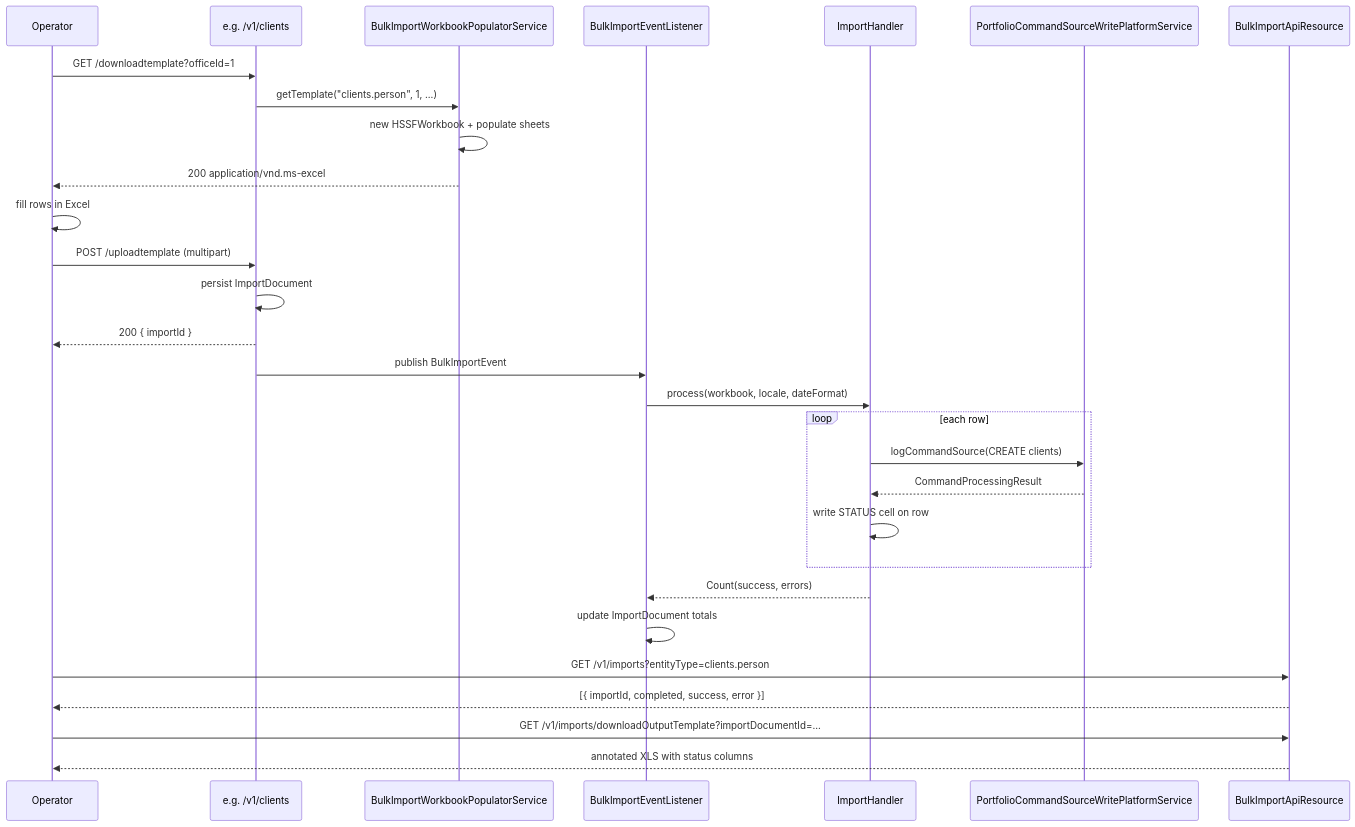
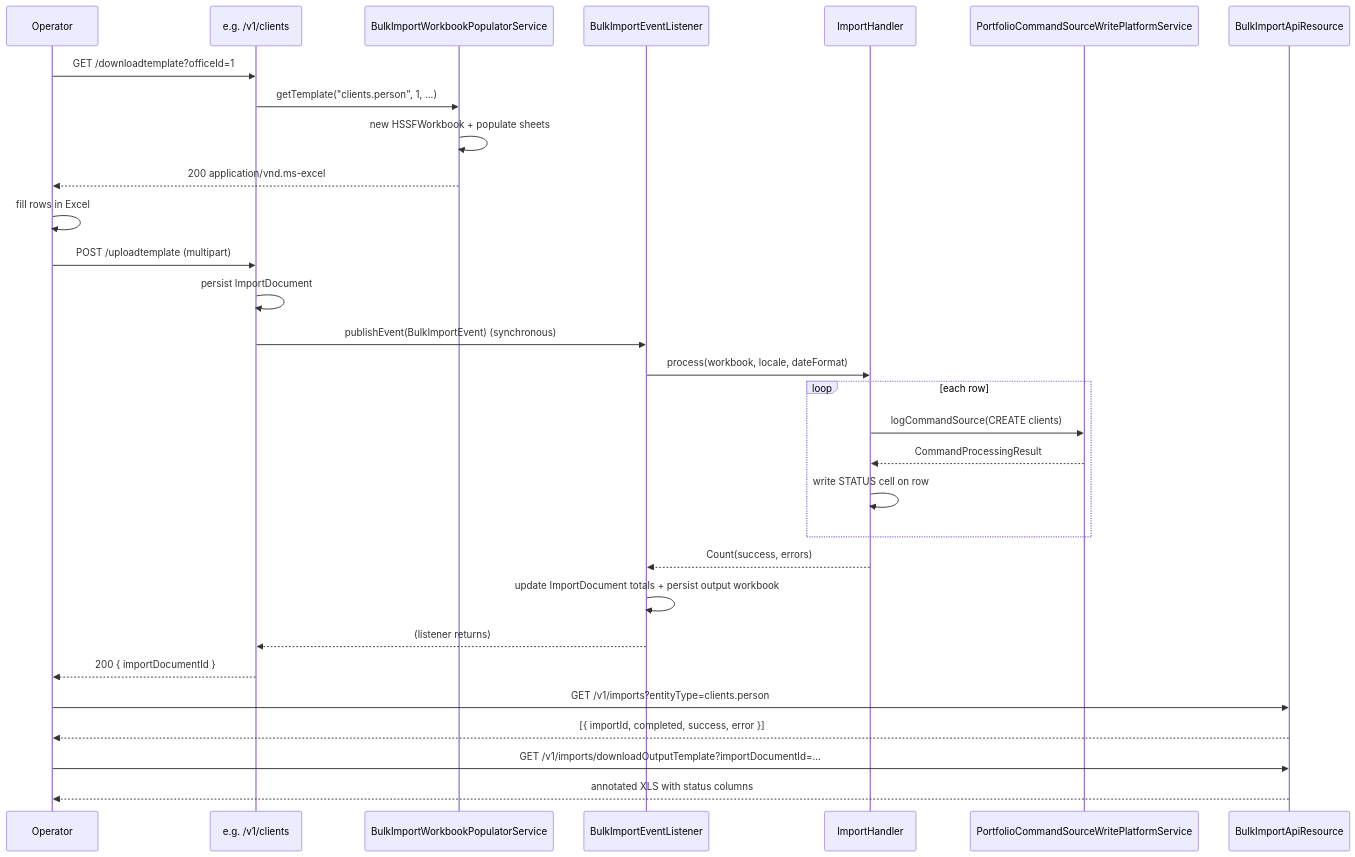
One commit to mintlify-atlas/docs-wiki-31b07890 changed the diagram in bulkimport/overview.mdx. Above: the diagram before and after it, drawn with Mermaid. The commit also changed other lines of this file and 115 other files, not shown here.

````diff
--- a/bulkimport/overview.mdx
+++ b/bulkimport/overview.mdx
@@ -198,31 +202,32 @@
 ```mermaid
 sequenceDiagram
     participant Operator
     participant EntityResource as e.g. /v1/clients
     participant PopulatorService as BulkImportWorkbookPopulatorService
     participant Listener as BulkImportEventListener
     participant ImportHandler
     participant CommandService as PortfolioCommandSourceWritePlatformService
 
     Operator->>EntityResource: GET /downloadtemplate?officeId=1
     EntityResource->>PopulatorService: getTemplate("clients.person", 1, ...)
     PopulatorService->>PopulatorService: new HSSFWorkbook + populate sheets
     PopulatorService-->>Operator: 200 application/vnd.ms-excel
     Operator->>Operator: fill rows in Excel
     Operator->>EntityResource: POST /uploadtemplate (multipart)
     EntityResource->>EntityResource: persist ImportDocument
-    EntityResource-->>Operator: 200 { importId }
-    EntityResource->>Listener: publish BulkImportEvent
+    EntityResource->>Listener: publishEvent(BulkImportEvent) (synchronous)
     Listener->>ImportHandler: process(workbook, locale, dateFormat)
     loop each row
         ImportHandler->>CommandService: logCommandSource(CREATE clients)
         CommandService-->>ImportHandler: CommandProcessingResult
         ImportHandler->>ImportHandler: write STATUS cell on row
     end
     ImportHandler-->>Listener: Count(success, errors)
-    Listener->>Listener: update ImportDocument totals
+    Listener->>Listener: update ImportDocument totals + persist output workbook
+    Listener-->>EntityResource: (listener returns)
+    EntityResource-->>Operator: 200 { importDocumentId }
     Operator->>BulkImportApiResource: GET /v1/imports?entityType=clients.person
     BulkImportApiResource-->>Operator: [{ importId, completed, success, error }]
     Operator->>BulkImportApiResource: GET /v1/imports/downloadOutputTemplate?importDocumentId=...
     BulkImportApiResource-->>Operator: annotated XLS with status columns
 ```
````
